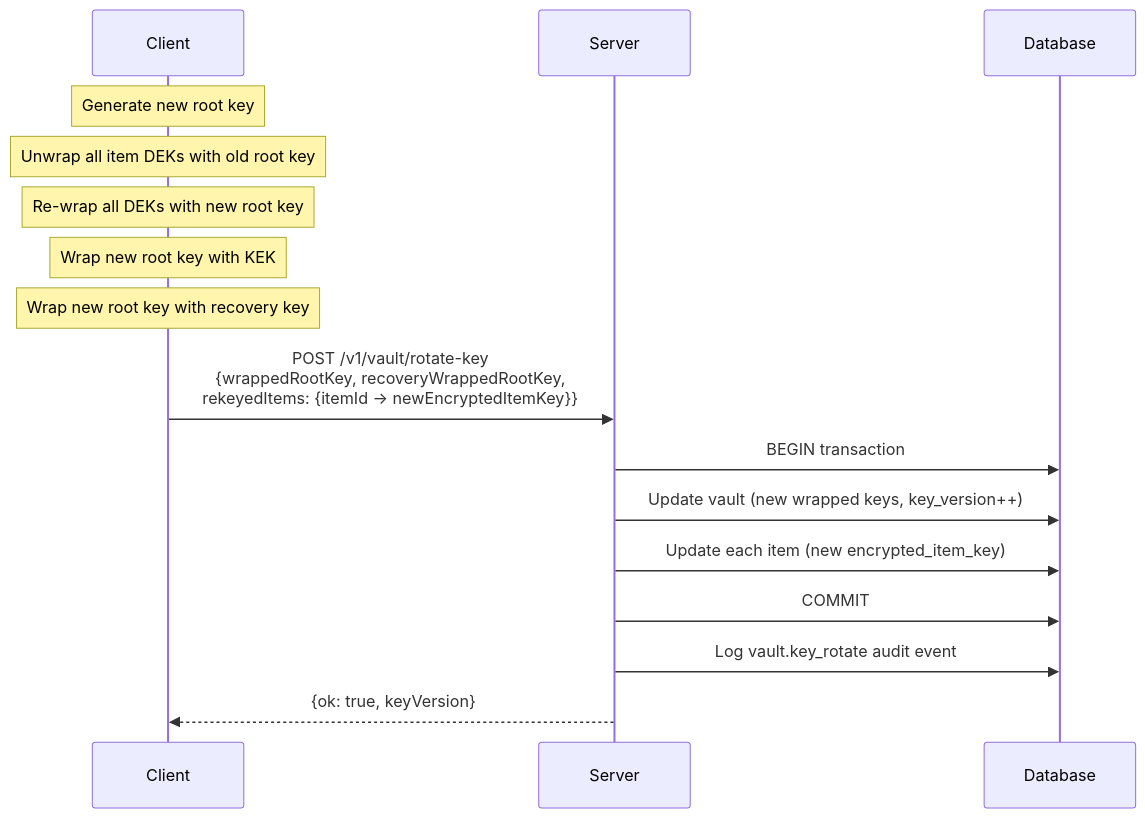
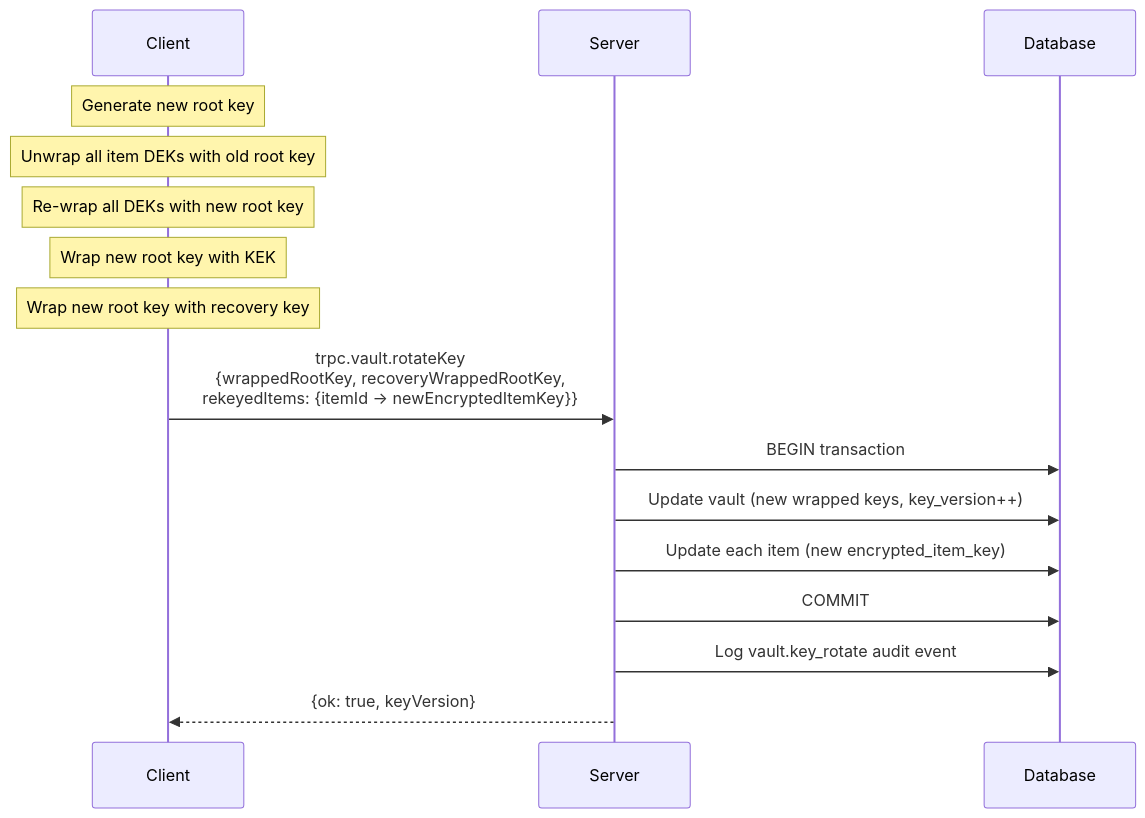
Before and after one commit to punitarani/abadge: the third of 3 diagrams in docs/ENVELOPE_SPEC.md, drawn with Mermaid. The commit also changed other lines of this file and 104 other files, not shown here.

Commit message:
Refactor agent access, broker sessions, and dashboard flows

````diff
--- a/docs/ENVELOPE_SPEC.md
+++ b/docs/ENVELOPE_SPEC.md
@@ -208,20 +208,20 @@
 ```mermaid
 sequenceDiagram
   participant User as Client
   participant API as Server
   participant DB as Database
 
   Note over User: Generate new root key
   Note over User: Unwrap all item DEKs with old root key
   Note over User: Re-wrap all DEKs with new root key
   Note over User: Wrap new root key with KEK
   Note over User: Wrap new root key with recovery key
 
-  User->>API: POST /v1/vault/rotate-key<br/>{wrappedRootKey, recoveryWrappedRootKey,<br/>rekeyedItems: {itemId → newEncryptedItemKey}}
+  User->>API: trpc.vault.rotateKey<br/>{wrappedRootKey, recoveryWrappedRootKey,<br/>rekeyedItems: {itemId → newEncryptedItemKey}}
   API->>DB: BEGIN transaction
   API->>DB: Update vault (new wrapped keys, key_version++)
   API->>DB: Update each item (new encrypted_item_key)
   API->>DB: COMMIT
   API->>DB: Log vault.key_rotate audit event
   API-->>User: {ok: true, keyVersion}
 ```
````
